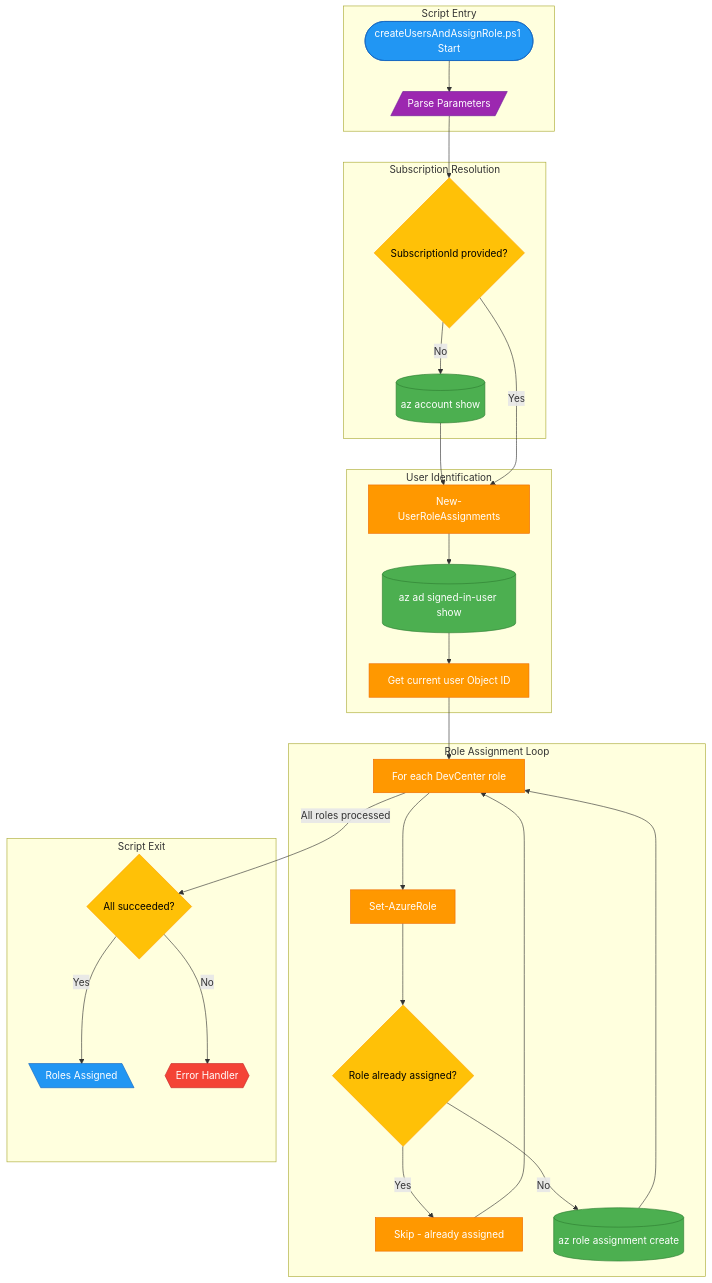
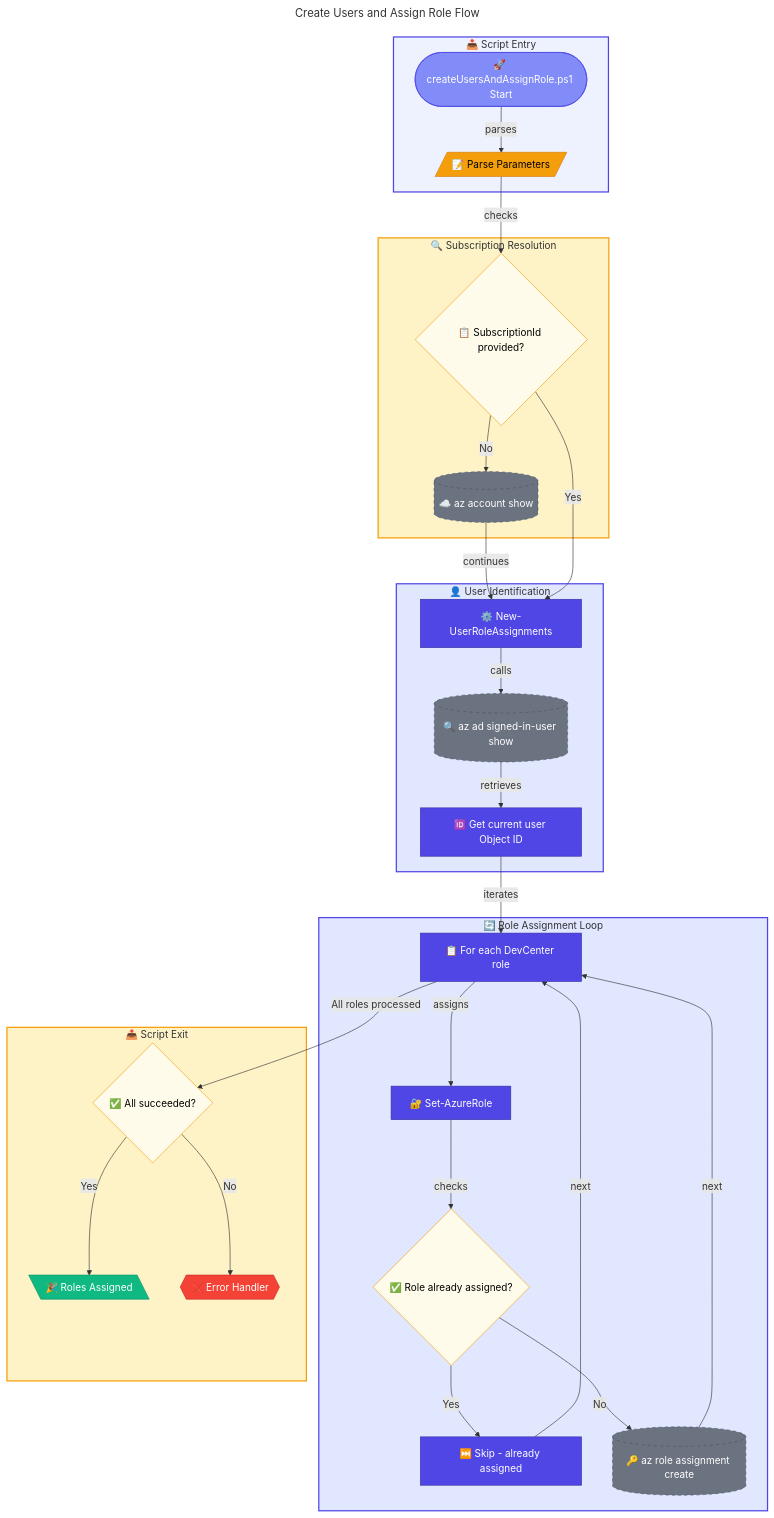
Before and after one commit to Evilazaro/DevExp-DevBox: the diagram in docs/scripts/azure/create-users-and-assign-role.md, drawn with Mermaid. The commit also changed 1 other file, not shown here.

Commit message:
Enhance flow visualization documentation for createCustomRole.ps1 and createUsersAndAssignRole.ps1 scripts by adding emojis, improving diagram styles, and refining connections for better clarity and navigation.

````diff
--- a/docs/scripts/azure/create-users-and-assign-role.md
+++ b/docs/scripts/azure/create-users-and-assign-role.md
@@ -59,51 +59,76 @@
 ```mermaid
+---
+title: Create Users and Assign Role Flow
+---
 flowchart TD
-    subgraph Entry["Script Entry"]
-        A([createUsersAndAssignRole.ps1 Start]):::entry
-        B[/"Parse Parameters"/]:::input
+    %% ===== SCRIPT ENTRY =====
+    subgraph Entry["📥 Script Entry"]
+        A(["🚀 createUsersAndAssignRole.ps1 Start"])
+        B[/"📝 Parse Parameters"/]
     end
     
-    subgraph SubCheck["Subscription Resolution"]
-        C{SubscriptionId provided?}:::decision
-        D[(az account show)]:::external
+    %% ===== SUBSCRIPTION RESOLUTION =====
+    subgraph SubCheck["🔍 Subscription Resolution"]
+        C{"📋 SubscriptionId provided?"}
+        D[("☁️ az account show")]
     end
     
-    subgraph UserLookup["User Identification"]
-        E["New-UserRoleAssignments"]:::core
-        F[(az ad signed-in-user show)]:::external
-        G["Get current user Object ID"]:::core
+    %% ===== USER IDENTIFICATION =====
+    subgraph UserLookup["👤 User Identification"]
+        E["⚙️ New-UserRoleAssignments"]
+        F[("🔍 az ad signed-in-user show")]
+        G["🆔 Get current user Object ID"]
     end
     
-    subgraph RoleLoop["Role Assignment Loop"]
-        H["For each DevCenter role"]:::core
-        I["Set-AzureRole"]:::core
-        I1{Role already assigned?}:::decision
-        I2["Skip - already assigned"]:::core
-        I3[(az role assignment create)]:::external
+    %% ===== ROLE ASSIGNMENT LOOP =====
+    subgraph RoleLoop["🔄 Role Assignment Loop"]
+        H["📋 For each DevCenter role"]
+        I["🔐 Set-AzureRole"]
+        I1{"✅ Role already assigned?"}
+        I2["⏭️ Skip - already assigned"]
+        I3[("🔑 az role assignment create")]
     end
     
-    subgraph Exit["Script Exit"]
-        J{All succeeded?}:::decision
-        K[\Roles Assigned\]:::output
-        L{{Error Handler}}:::error
+    %% ===== SCRIPT EXIT =====
+    subgraph Exit["📤 Script Exit"]
+        J{"✅ All succeeded?"}
+        K[\"🎉 Roles Assigned"\]
+        L{{"❌ Error Handler"}}
     end
     
-    A --> B --> C
-    C -->|No| D --> E
+    %% ===== CONNECTIONS =====
+    A -->|parses| B -->|checks| C
+    C -->|No| D -->|continues| E
     C -->|Yes| E
-    E --> F --> G --> H
-    H --> I --> I1
-    I1 -->|Yes| I2 --> H
-    I1 -->|No| I3 --> H
+    E -->|calls| F -->|retrieves| G -->|iterates| H
+    H -->|assigns| I -->|checks| I1
+    I1 -->|Yes| I2 -->|next| H
+    I1 -->|No| I3 -->|next| H
     H -->|All roles processed| J
     J -->|Yes| K
     J -->|No| L
 
-    classDef entry fill:#2196F3,stroke:#1565C0,color:#fff
-    classDef input fill:#9C27B0,stroke:#6A1B9A,color:#fff
-    classDef core fill:#FF9800,stroke:#EF6C00,color:#fff
-    classDef external fill:#4CAF50,stroke:#2E7D32,color:#fff
-    classDef decision fill:#FFC107,stroke:#FFA000,color:#000
-    classDef output fill:#2196F3,stroke:#1565C0,color:#fff
-    classDef error fill:#F44336,stroke:#C62828,color:#fff
+    %% ===== STYLES =====
+    classDef trigger fill:#818CF8,stroke:#4F46E5,color:#FFFFFF
+    classDef input fill:#F59E0B,stroke:#D97706,color:#000000
+    classDef primary fill:#4F46E5,stroke:#3730A3,color:#FFFFFF
+    classDef external fill:#6B7280,stroke:#4B5563,color:#FFFFFF,stroke-dasharray:5 5
+    classDef decision fill:#FFFBEB,stroke:#F59E0B,color:#000000
+    classDef secondary fill:#10B981,stroke:#059669,color:#FFFFFF
+    classDef failed fill:#F44336,stroke:#C62828,color:#FFFFFF
+    
+    class A trigger
+    class B input
+    class E,G,H,I,I2 primary
+    class D,F,I3 external
+    class C,I1,J decision
+    class K secondary
+    class L failed
+    
+    %% ===== SUBGRAPH STYLES =====
+    style Entry fill:#EEF2FF,stroke:#4F46E5,stroke-width:2px
+    style SubCheck fill:#FEF3C7,stroke:#F59E0B,stroke-width:2px
+    style UserLookup fill:#E0E7FF,stroke:#4F46E5,stroke-width:2px
+    style RoleLoop fill:#E0E7FF,stroke:#4F46E5,stroke-width:2px
+    style Exit fill:#FEF3C7,stroke:#F59E0B,stroke-width:2px
 ```
````
